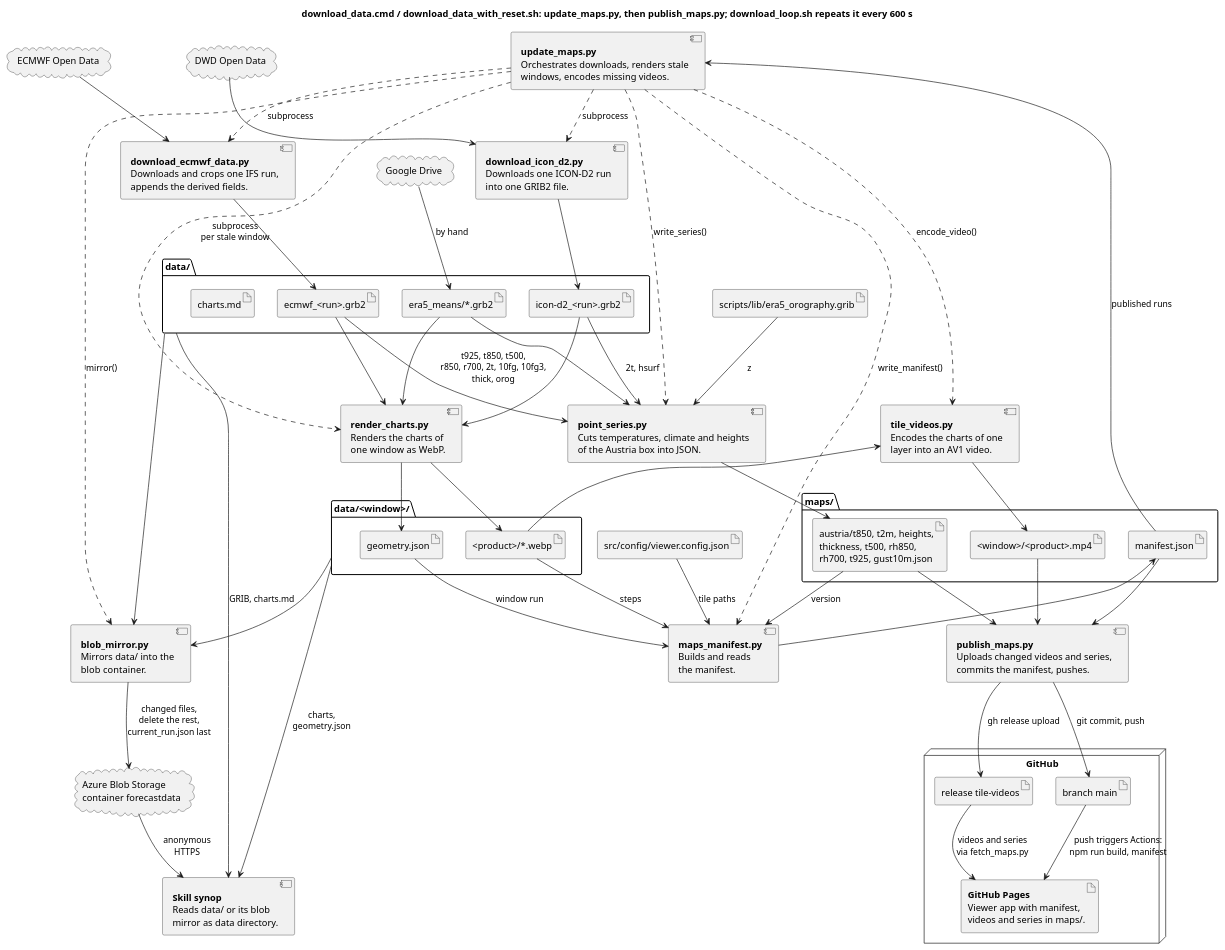
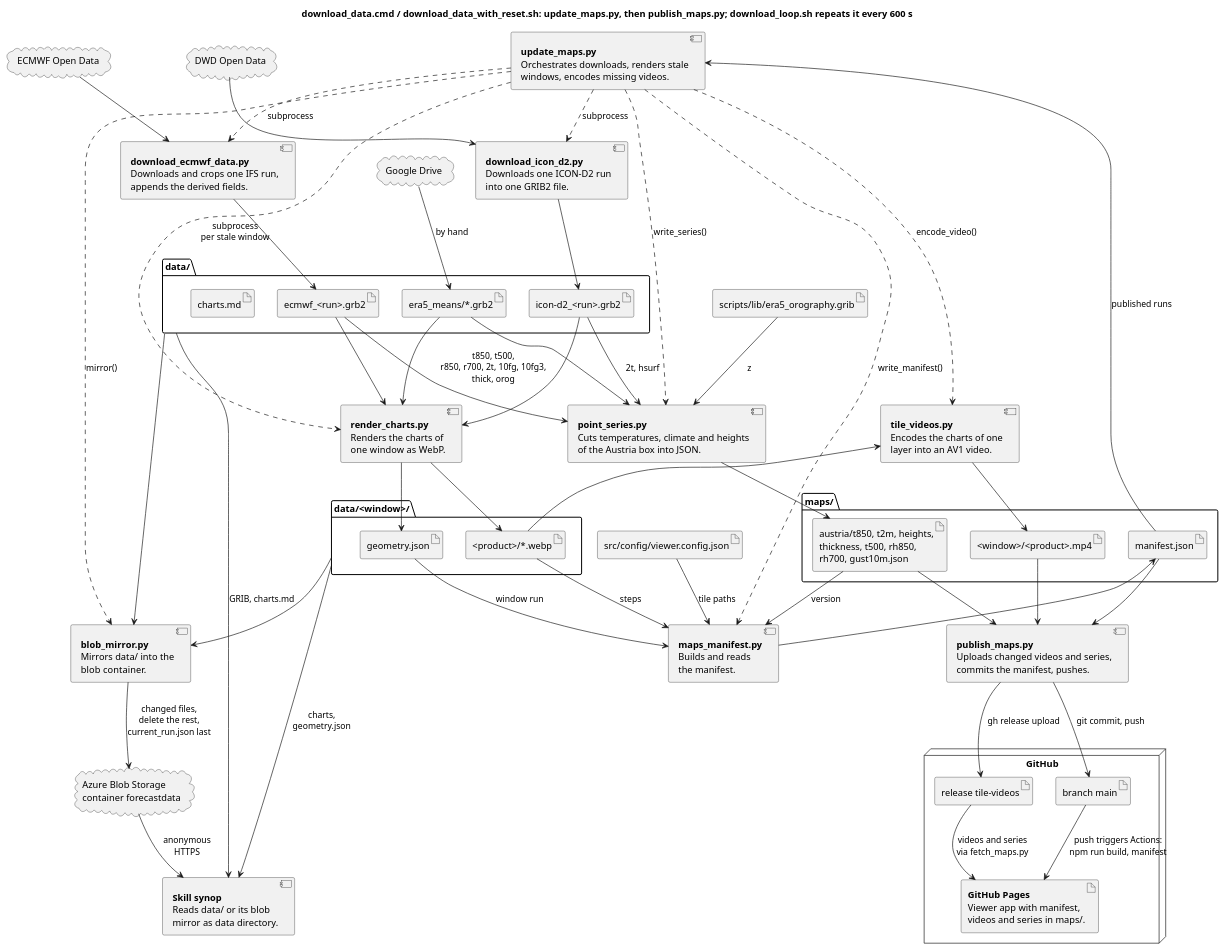
The first of 5 diagrams in REFERENCE.scripts.md (schletz/wetterkartenviewer), drawn with PlantUML before and after one commit. The commit also changed other lines of this file and 11 other files, not shown here.

First line of the commit message:
Remove T925 from the temperature diagram, fix ValueAxis fallback

```diff
--- a/REFERENCE.scripts.md
+++ b/REFERENCE.scripts.md
@@ -98,7 +98,7 @@
 }
 folder "maps/" {
  artifact "<window>/<product>.mp4" as videos
- artifact "austria/t850, t2m, heights,\nthickness, t500, rh850,\nrh700, t925, gust10m.json" as series
+ artifact "austria/t850, t2m, heights,\nthickness, t500, rh850,\nrh700, gust10m.json" as series
  artifact "manifest.json" as manifest
 }
 artifact "src/config/viewer.config.json" as config
@@ -131,7 +131,7 @@
 render_charts --> geometry
 charts --> tile_videos
 tile_videos --> videos
-ecmwf_grib --> point_series : t925, t850, t500,\nr850, r700, 2t, 10fg, 10fg3,\nthick, orog
+ecmwf_grib --> point_series : t850, t500,\nr850, r700, 2t, 10fg, 10fg3,\nthick, orog
 icon_grib --> point_series : 2t, hsurf
 era5 --> point_series
 era5_orog --> point_series : z
```
